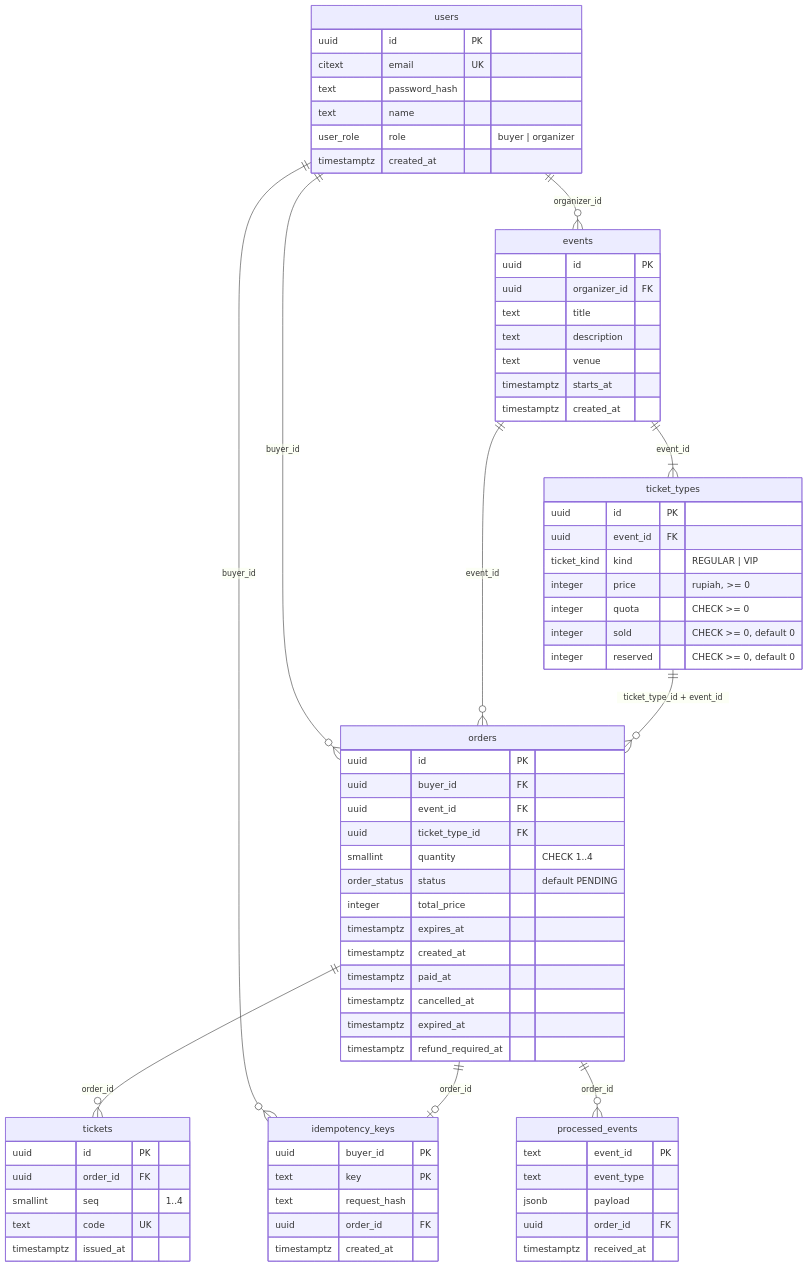
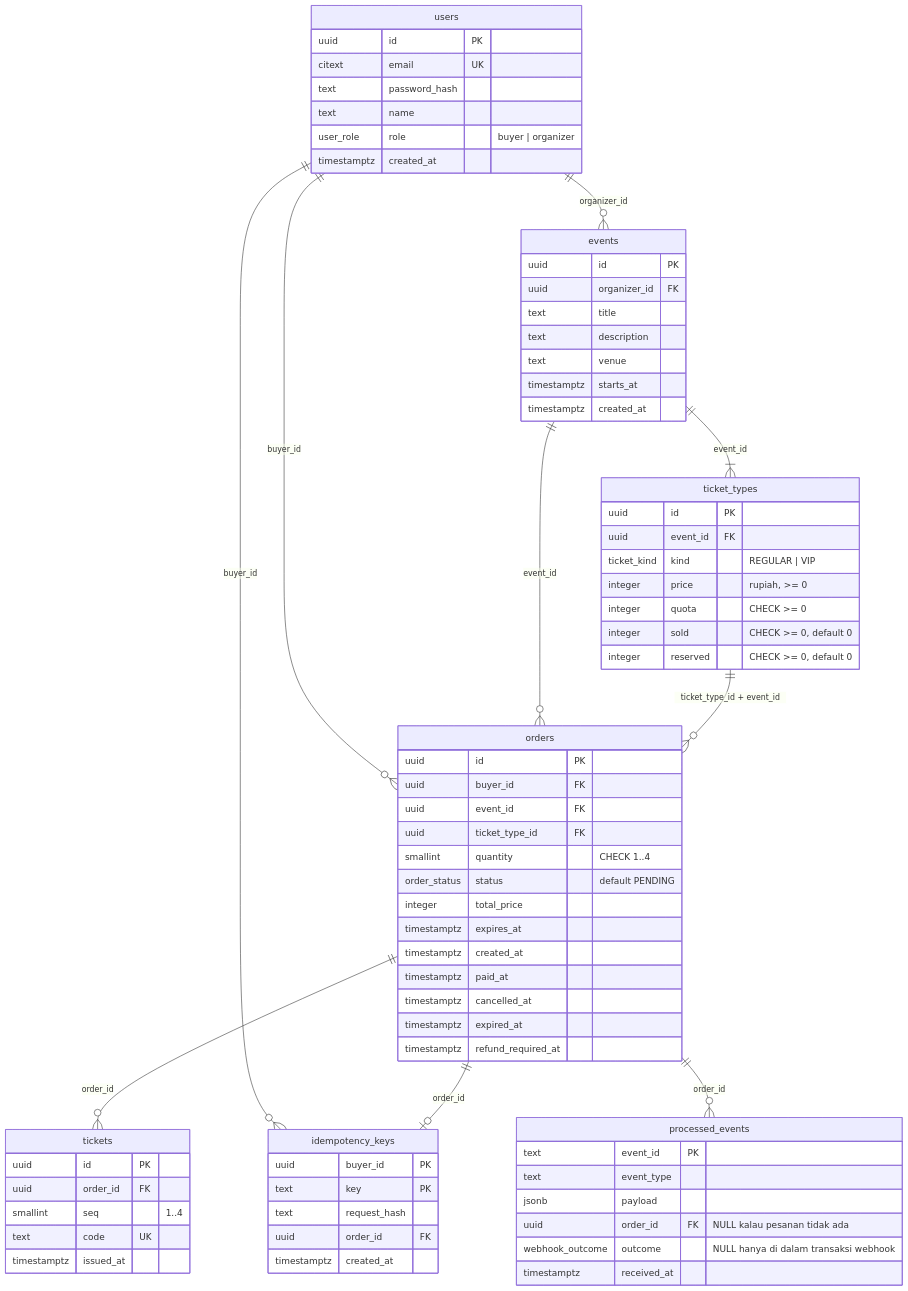
Before and after one commit to Fabverse0/quotient-ticketing: the diagram in docs/diagrams/erd.md, drawn with Mermaid. The commit also changed other lines of this file, not shown here.

Commit message:
docs(diagrams): match the ERD to migrations 0000 to 0003, with enums and the quota trigger

````diff
--- a/docs/diagrams/erd.md
+++ b/docs/diagrams/erd.md
@@ -5,75 +5,76 @@
 ```mermaid
 erDiagram
     users ||--o{ events : "organizer_id"
     users ||--o{ orders : "buyer_id"
     users ||--o{ idempotency_keys : "buyer_id"
     events ||--|{ ticket_types : "event_id"
     events ||--o{ orders : "event_id"
     ticket_types ||--o{ orders : "ticket_type_id + event_id"
     orders ||--o{ tickets : "order_id"
     orders ||--o| idempotency_keys : "order_id"
     orders ||--o{ processed_events : "order_id"
 
     users {
         uuid id PK
         citext email UK
         text password_hash
         text name
         user_role role "buyer | organizer"
         timestamptz created_at
     }
     events {
         uuid id PK
         uuid organizer_id FK
         text title
         text description
         text venue
         timestamptz starts_at
         timestamptz created_at
     }
     ticket_types {
         uuid id PK
         uuid event_id FK
         ticket_kind kind "REGULAR | VIP"
         integer price "rupiah, >= 0"
         integer quota "CHECK >= 0"
         integer sold "CHECK >= 0, default 0"
         integer reserved "CHECK >= 0, default 0"
     }
     orders {
         uuid id PK
         uuid buyer_id FK
         uuid event_id FK
         uuid ticket_type_id FK
         smallint quantity "CHECK 1..4"
         order_status status "default PENDING"
         integer total_price
         timestamptz expires_at
         timestamptz created_at
         timestamptz paid_at
         timestamptz cancelled_at
         timestamptz expired_at
         timestamptz refund_required_at
     }
     tickets {
         uuid id PK
         uuid order_id FK
         smallint seq "1..4"
         text code UK
         timestamptz issued_at
     }
     idempotency_keys {
         uuid buyer_id PK
         text key PK
         text request_hash
         uuid order_id FK
         timestamptz created_at
     }
     processed_events {
         text event_id PK
         text event_type
         jsonb payload
-        uuid order_id FK
+        uuid order_id FK "NULL kalau pesanan tidak ada"
+        webhook_outcome outcome "NULL hanya di dalam transaksi webhook"
         timestamptz received_at
     }
 ```
````
